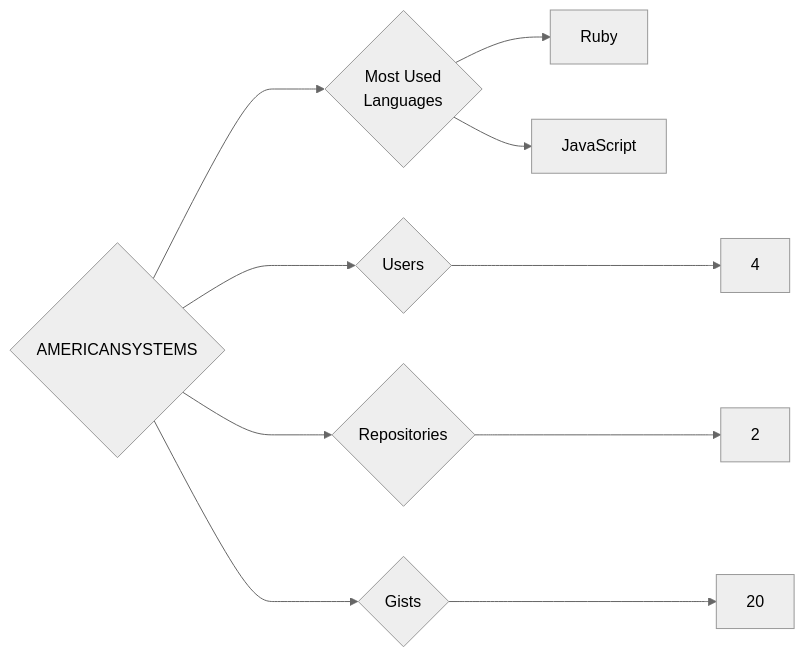
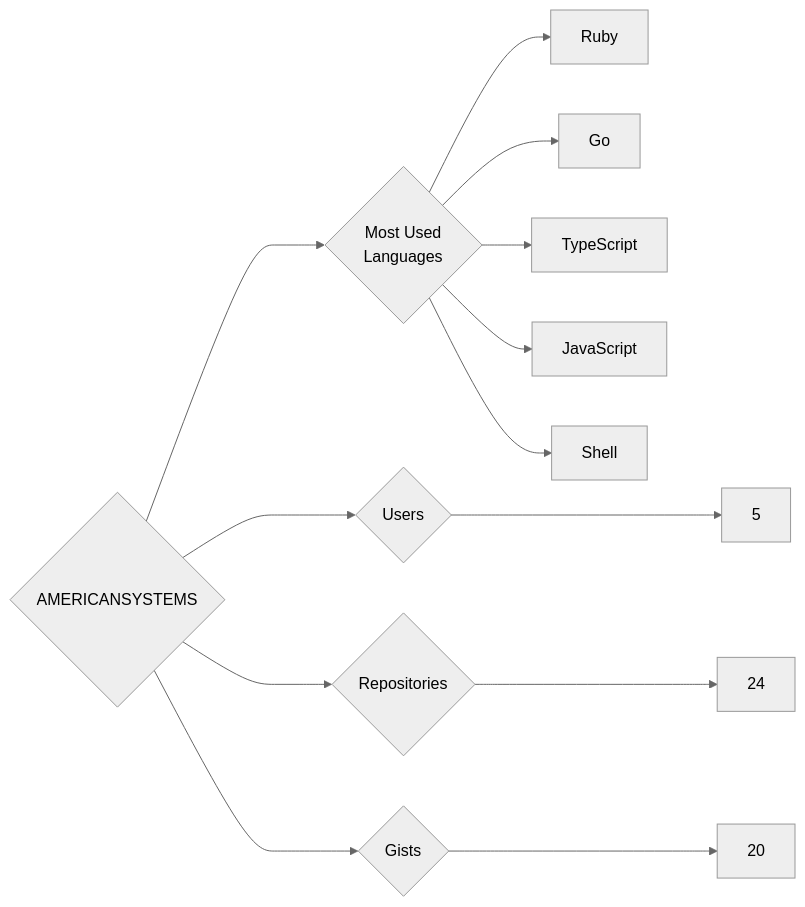
The diagram in targets/AMERICANSYSTEMS/README.md (trickest/insiders), drawn with Mermaid (neutral theme) before and after one commit. The commit also changed 1023 other files, not shown here.

````diff
--- a/targets/AMERICANSYSTEMS/README.md
+++ b/targets/AMERICANSYSTEMS/README.md
@@ -3,10 +3,13 @@
 ```mermaid
 graph LR
 COMPANY_NAME{AMERICANSYSTEMS}
-COMPANY_NAME ---> U{Users} ---> UN[4]
-COMPANY_NAME ---> R{Repositories} ---> RN[2]
+COMPANY_NAME ---> U{Users} ---> UN[5]
+COMPANY_NAME ---> R{Repositories} ---> RN[24]
 COMPANY_NAME ---> G{Gists} ---> GN[20]
 COMPANY_NAME ---> ML{Most Used<br>Languages}
 ML --> Ruby[Ruby]
+ML --> Go[Go]
+ML --> TypeScript[TypeScript]
 ML --> JavaScript[JavaScript]
+ML --> Shell[Shell]
 ```
````
